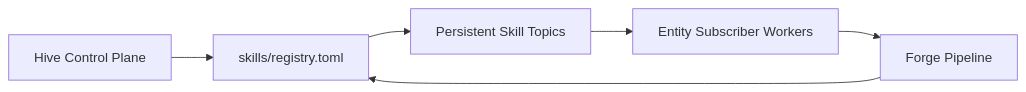
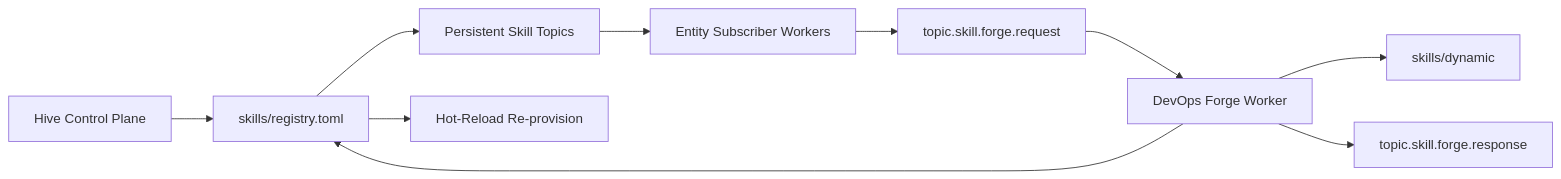
One commit to jbcupps/abigail changed the diagram in documents/ARCHITECTURE_SKILL_TOPOLOGY_AND_FORGE.md. Above: the diagram before and after it, drawn with Mermaid. The commit also changed other lines of this file and 12 other files, not shown here.

Commit message:
feat: devops forge skill for autonomous self-modification (Phase 4) DOCS UPDATED

````diff
--- a/documents/ARCHITECTURE_SKILL_TOPOLOGY_AND_FORGE.md
+++ b/documents/ARCHITECTURE_SKILL_TOPOLOGY_AND_FORGE.md
@@ -118,8 +119,12 @@
 ```mermaid
 flowchart LR
     Hive[Hive Control Plane] --> Registry[skills/registry.toml]
     Registry --> Topics[Persistent Skill Topics]
     Topics --> Entity[Entity Subscriber Workers]
-    Entity --> Forge[Forge Pipeline]
-    Forge --> Registry
+    Entity --> ForgeReq[topic.skill.forge.request]
+    ForgeReq --> ForgeWorker[DevOps Forge Worker]
+    ForgeWorker --> Dynamic[skills/dynamic]
+    ForgeWorker --> Registry
+    Registry --> Watcher[Hot-Reload Re-provision]
+    ForgeWorker --> ForgeResp[topic.skill.forge.response]
 ```
````
